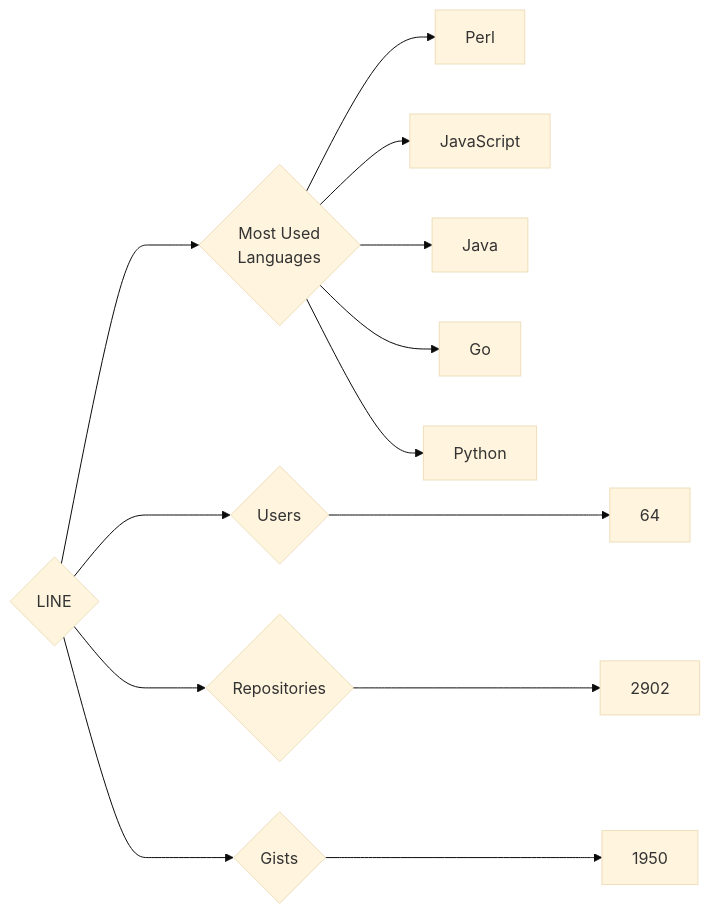
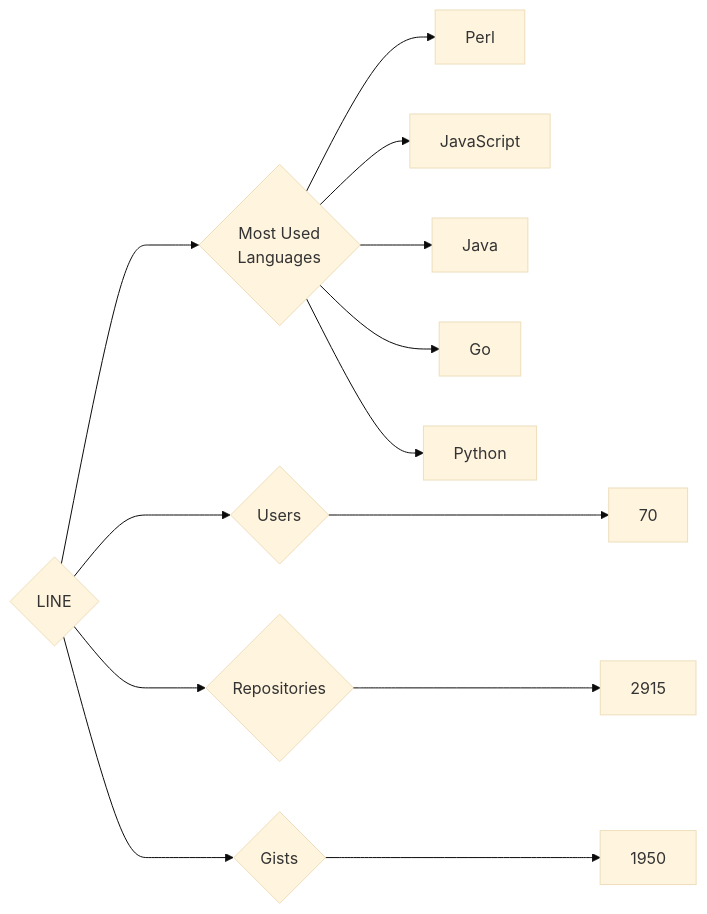
One commit to trickest/insiders changed the diagram in targets/LINE/README.md. Above: the diagram before and after it, drawn with Mermaid (base theme). The commit also changed 815 other files, not shown here.

````diff
--- a/targets/LINE/README.md
+++ b/targets/LINE/README.md
@@ -3,13 +3,13 @@
 ```mermaid
 graph LR
 COMPANY_NAME{LINE}
-COMPANY_NAME ---> U{Users} ---> UN[64]
-COMPANY_NAME ---> R{Repositories} ---> RN[2902]
+COMPANY_NAME ---> U{Users} ---> UN[70]
+COMPANY_NAME ---> R{Repositories} ---> RN[2915]
 COMPANY_NAME ---> G{Gists} ---> GN[1950]
 COMPANY_NAME ---> ML{Most Used<br>Languages}
 ML --> Perl[Perl]
 ML --> JavaScript[JavaScript]
 ML --> Java[Java]
 ML --> Go[Go]
 ML --> Python[Python]
 ```
````
